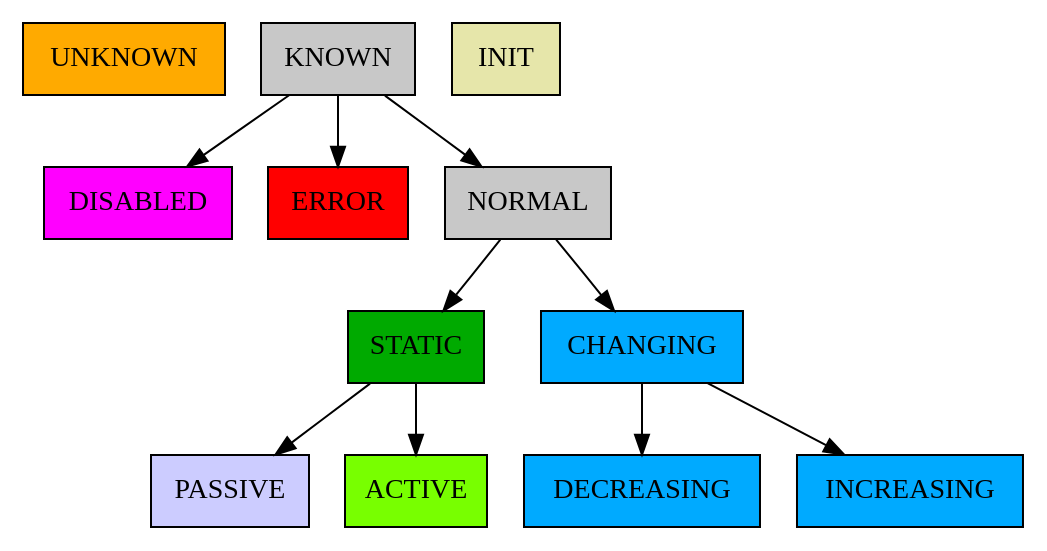
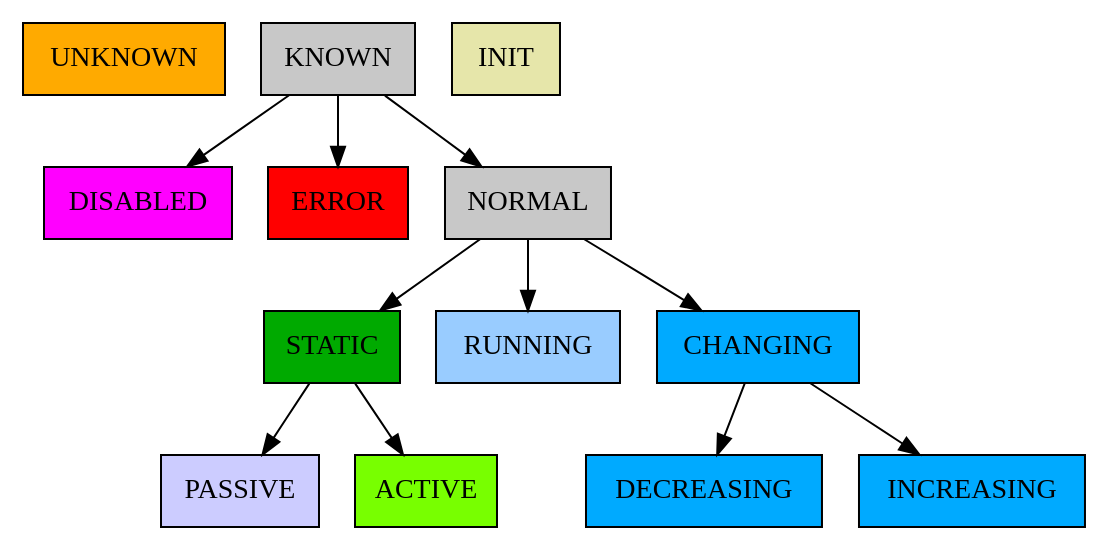
The first of 19 diagrams in doc/concepts/states.rst (European-XFEL/Karabo), drawn with Graphviz before and after one commit. The commit also changed other lines of this file, not shown here.

Commit message:
Document RUNNING state

```diff
--- a/doc/concepts/states.rst
+++ b/doc/concepts/states.rst
@@ -23,23 +20,25 @@
 .. digraph:: state_transitions
 
     "UNKNOWN"[shape = box style=filled, fillcolor="#FFAA00"]
     "DISABLED"[shape = box style=filled, fillcolor="#FF00FF"]
     "ERROR"[shape = box style=filled, fillcolor=red]
     "INIT"[shape = box style=filled, fillcolor="#E6E6AA"]
     "KNOWN"[shape = box style=filled, fillcolor="#C8C8C8"]
     "STATIC"[shape = box style=filled, fillcolor="#00AA00"]
     "NORMAL"[shape = box style=filled, fillcolor="#C8C8C8"]
     "KNOWN" -> "NORMAL"
     "KNOWN" -> "ERROR"
     "KNOWN" -> "DISABLED"
     "NORMAL" -> "STATIC"
+    "NORMAL" -> "RUNNING"
+    "RUNNING"[shape = box style=filled, fillcolor="#99CCFF"]
     "PASSIVE"[shape = box style=filled, fillcolor="#CCCCFF"]
     "STATIC" -> "PASSIVE"
     "ACTIVE"[shape = box style=filled, fillcolor="#78FF00"]
     "STATIC" -> "ACTIVE"
     "CHANGING"[shape = box style=filled, fillcolor="#00AAFF"]
     "NORMAL" -> "CHANGING"
     "DECREASING"[shape = box style=filled, fillcolor="#00AAFF"]
     "CHANGING" -> "DECREASING"
     "INCREASING"[shape = box style=filled, fillcolor="#00AAFF"]
     "CHANGING" -> "INCREASING"
```
